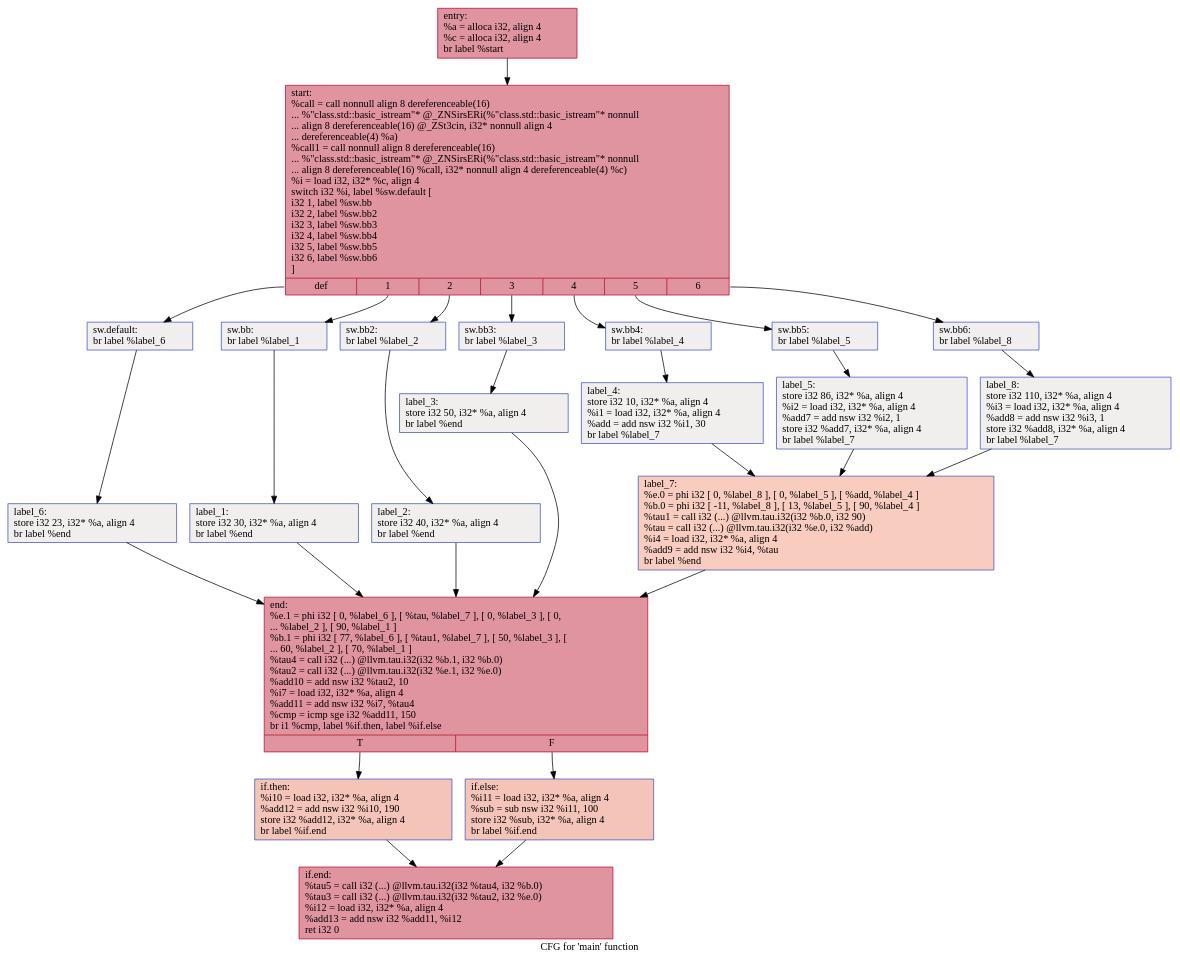
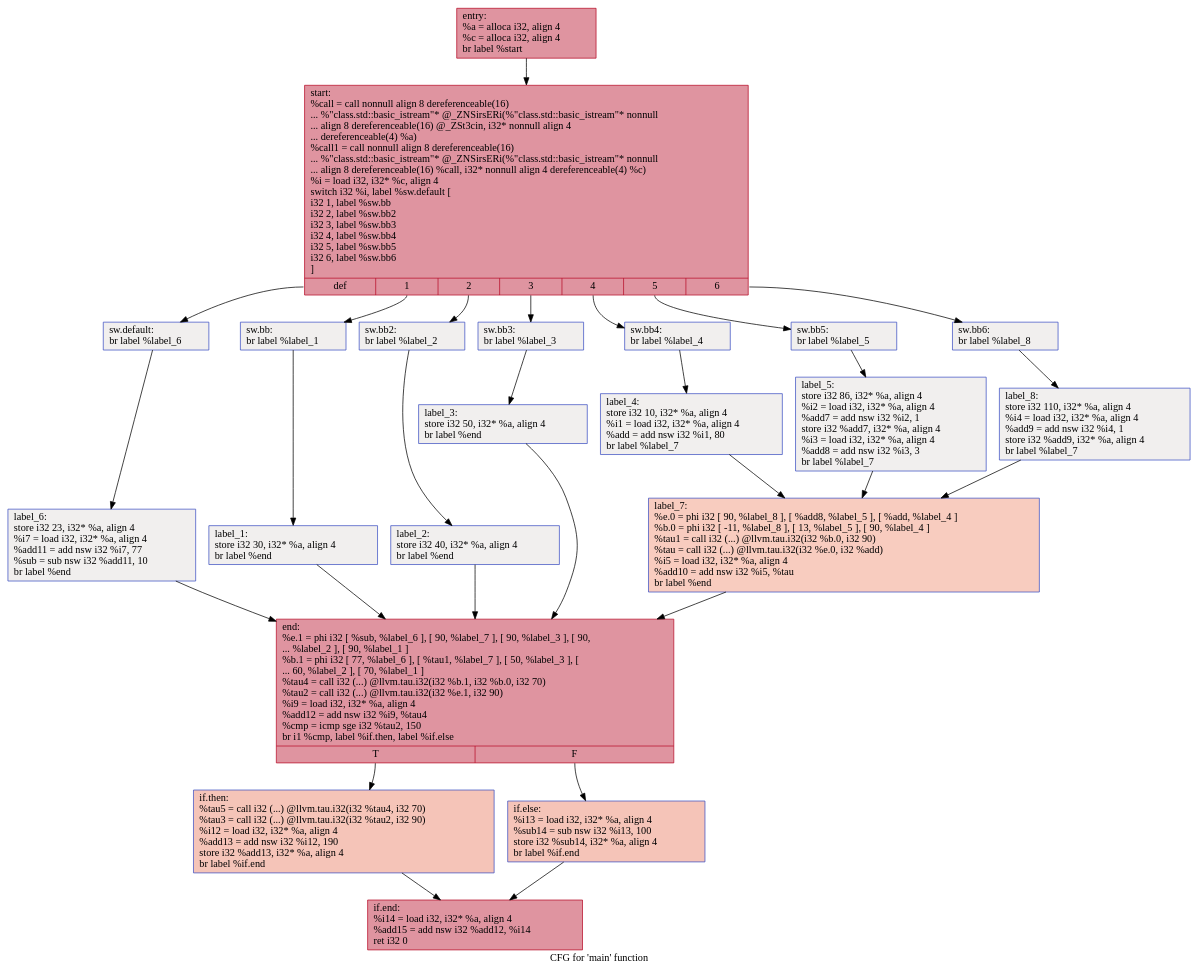
One commit to HPSSA-LLVM/HPSSA-LLVM changed the diagram in IR/cfg/afterHPSSA.dot. Above: the diagram before and after it, drawn with Graphviz. The commit also changed 13 other files, not shown here.

```diff
--- a/IR/cfg/afterHPSSA.dot
+++ b/IR/cfg/afterHPSSA.dot
@@ -1,52 +1,52 @@
 digraph "CFG for 'main' function" {
 	label="CFG for 'main' function";
 
-	Node0x55a23bdbc6d0 [shape=record,color="#b70d28ff", style=filled, fillcolor="#b70d2870",label="{entry:\l  %a = alloca i32, align 4\l  %c = alloca i32, align 4\l  br label %start\l}"];
-	Node0x55a23bdbc6d0 -> Node0x55a23bdbc920;
-	Node0x55a23bdbc920 [shape=record,color="#b70d28ff", style=filled, fillcolor="#b70d2870",label="{start:                                            \l  %call = call nonnull align 8 dereferenceable(16)\l... %\"class.std::basic_istream\"* @_ZNSirsERi(%\"class.std::basic_istream\"* nonnull\l... align 8 dereferenceable(16) @_ZSt3cin, i32* nonnull align 4\l... dereferenceable(4) %a)\l  %call1 = call nonnull align 8 dereferenceable(16)\l... %\"class.std::basic_istream\"* @_ZNSirsERi(%\"class.std::basic_istream\"* nonnull\l... align 8 dereferenceable(16) %call, i32* nonnull align 4 dereferenceable(4) %c)\l  %i = load i32, i32* %c, align 4\l  switch i32 %i, label %sw.default [\l    i32 1, label %sw.bb\l    i32 2, label %sw.bb2\l    i32 3, label %sw.bb3\l    i32 4, label %sw.bb4\l    i32 5, label %sw.bb5\l    i32 6, label %sw.bb6\l  ]\l|{<s0>def|<s1>1|<s2>2|<s3>3|<s4>4|<s5>5|<s6>6}}"];
-	Node0x55a23bdbc920:s0 -> Node0x55a23bdbcdb0;
-	Node0x55a23bdbc920:s1 -> Node0x55a23bdbce90;
-	Node0x55a23bdbc920:s2 -> Node0x55a23bdbcf90;
-	Node0x55a23bdbc920:s3 -> Node0x55a23bdbd090;
-	Node0x55a23bdbc920:s4 -> Node0x55a23bdbd190;
-	Node0x55a23bdbc920:s5 -> Node0x55a23bdbd290;
-	Node0x55a23bdbc920:s6 -> Node0x55a23bdbd530;
-	Node0x55a23bdbce90 [shape=record,color="#3d50c3ff", style=filled, fillcolor="#e0dbd870",label="{sw.bb:                                            \l  br label %label_1\l}"];
-	Node0x55a23bdbce90 -> Node0x55a23bdbd820;
-	Node0x55a23bdbcf90 [shape=record,color="#3d50c3ff", style=filled, fillcolor="#e0dbd870",label="{sw.bb2:                                           \l  br label %label_2\l}"];
-	Node0x55a23bdbcf90 -> Node0x55a23bdbd900;
-	Node0x55a23bdbd090 [shape=record,color="#3d50c3ff", style=filled, fillcolor="#e0dbd870",label="{sw.bb3:                                           \l  br label %label_3\l}"];
-	Node0x55a23bdbd090 -> Node0x55a23bdbd9e0;
-	Node0x55a23bdbd190 [shape=record,color="#3d50c3ff", style=filled, fillcolor="#e0dbd870",label="{sw.bb4:                                           \l  br label %label_4\l}"];
-	Node0x55a23bdbd190 -> Node0x55a23bdbdac0;
-	Node0x55a23bdbd290 [shape=record,color="#3d50c3ff", style=filled, fillcolor="#e0dbd870",label="{sw.bb5:                                           \l  br label %label_5\l}"];
-	Node0x55a23bdbd290 -> Node0x55a23bdbdba0;
-	Node0x55a23bdbd530 [shape=record,color="#3d50c3ff", style=filled, fillcolor="#e0dbd870",label="{sw.bb6:                                           \l  br label %label_8\l}"];
-	Node0x55a23bdbd530 -> Node0x55a23bdbdc80;
-	Node0x55a23bdbcdb0 [shape=record,color="#3d50c3ff", style=filled, fillcolor="#e0dbd870",label="{sw.default:                                       \l  br label %label_6\l}"];
-	Node0x55a23bdbcdb0 -> Node0x55a23bdbdd60;
-	Node0x55a23bdbd820 [shape=record,color="#3d50c3ff", style=filled, fillcolor="#e0dbd870",label="{label_1:                                          \l  store i32 30, i32* %a, align 4\l  br label %end\l}"];
-	Node0x55a23bdbd820 -> Node0x55a23bdbdf00;
-	Node0x55a23bdbd900 [shape=record,color="#3d50c3ff", style=filled, fillcolor="#e0dbd870",label="{label_2:                                          \l  store i32 40, i32* %a, align 4\l  br label %end\l}"];
-	Node0x55a23bdbd900 -> Node0x55a23bdbdf00;
-	Node0x55a23bdbd9e0 [shape=record,color="#3d50c3ff", style=filled, fillcolor="#e0dbd870",label="{label_3:                                          \l  store i32 50, i32* %a, align 4\l  br label %end\l}"];
-	Node0x55a23bdbd9e0 -> Node0x55a23bdbdf00;
-	Node0x55a23bdbdac0 [shape=record,color="#3d50c3ff", style=filled, fillcolor="#e0dbd870",label="{label_4:                                          \l  store i32 10, i32* %a, align 4\l  %i1 = load i32, i32* %a, align 4\l  %add = add nsw i32 %i1, 30\l  br label %label_7\l}"];
-	Node0x55a23bdbdac0 -> Node0x55a23bdbe440;
-	Node0x55a23bdbdba0 [shape=record,color="#3d50c3ff", style=filled, fillcolor="#e0dbd870",label="{label_5:                                          \l  store i32 86, i32* %a, align 4\l  %i2 = load i32, i32* %a, align 4\l  %add7 = add nsw i32 %i2, 1\l  store i32 %add7, i32* %a, align 4\l  br label %label_7\l}"];
-	Node0x55a23bdbdba0 -> Node0x55a23bdbe440;
-	Node0x55a23bdbdc80 [shape=record,color="#3d50c3ff", style=filled, fillcolor="#e0dbd870",label="{label_8:                                          \l  store i32 110, i32* %a, align 4\l  %i3 = load i32, i32* %a, align 4\l  %add8 = add nsw i32 %i3, 1\l  store i32 %add8, i32* %a, align 4\l  br label %label_7\l}"];
-	Node0x55a23bdbdc80 -> Node0x55a23bdbe440;
-	Node0x55a23bdbe440 [shape=record,color="#3d50c3ff", style=filled, fillcolor="#f08b6e70",label="{label_7:                                          \l  %e.0 = phi i32 [ 0, %label_8 ], [ 0, %label_5 ], [ %add, %label_4 ]\l  %b.0 = phi i32 [ -11, %label_8 ], [ 13, %label_5 ], [ 90, %label_4 ]\l  %tau1 = call i32 (...) @llvm.tau.i32(i32 %b.0, i32 90)\l  %tau = call i32 (...) @llvm.tau.i32(i32 %e.0, i32 %add)\l  %i4 = load i32, i32* %a, align 4\l  %add9 = add nsw i32 %i4, %tau\l  br label %end\l}"];
-	Node0x55a23bdbe440 -> Node0x55a23bdbdf00;
-	Node0x55a23bdbdd60 [shape=record,color="#3d50c3ff", style=filled, fillcolor="#e0dbd870",label="{label_6:                                          \l  store i32 23, i32* %a, align 4\l  br label %end\l}"];
-	Node0x55a23bdbdd60 -> Node0x55a23bdbdf00;
-	Node0x55a23bdbdf00 [shape=record,color="#b70d28ff", style=filled, fillcolor="#b70d2870",label="{end:                                              \l  %e.1 = phi i32 [ 0, %label_6 ], [ %tau, %label_7 ], [ 0, %label_3 ], [ 0,\l... %label_2 ], [ 90, %label_1 ]\l  %b.1 = phi i32 [ 77, %label_6 ], [ %tau1, %label_7 ], [ 50, %label_3 ], [\l... 60, %label_2 ], [ 70, %label_1 ]\l  %tau4 = call i32 (...) @llvm.tau.i32(i32 %b.1, i32 %b.0)\l  %tau2 = call i32 (...) @llvm.tau.i32(i32 %e.1, i32 %e.0)\l  %add10 = add nsw i32 %tau2, 10\l  %i7 = load i32, i32* %a, align 4\l  %add11 = add nsw i32 %i7, %tau4\l  %cmp = icmp sge i32 %add11, 150\l  br i1 %cmp, label %if.then, label %if.else\l|{<s0>T|<s1>F}}"];
-	Node0x55a23bdbdf00:s0 -> Node0x55a23bdc0700;
-	Node0x55a23bdbdf00:s1 -> Node0x55a23bdc0770;
-	Node0x55a23bdc0700 [shape=record,color="#3d50c3ff", style=filled, fillcolor="#e97a5f70",label="{if.then:                                          \l  %i10 = load i32, i32* %a, align 4\l  %add12 = add nsw i32 %i10, 190\l  store i32 %add12, i32* %a, align 4\l  br label %if.end\l}"];
-	Node0x55a23bdc0700 -> Node0x55a23bdc0a90;
-	Node0x55a23bdc0770 [shape=record,color="#3d50c3ff", style=filled, fillcolor="#e97a5f70",label="{if.else:                                          \l  %i11 = load i32, i32* %a, align 4\l  %sub = sub nsw i32 %i11, 100\l  store i32 %sub, i32* %a, align 4\l  br label %if.end\l}"];
-	Node0x55a23bdc0770 -> Node0x55a23bdc0a90;
-	Node0x55a23bdc0a90 [shape=record,color="#b70d28ff", style=filled, fillcolor="#b70d2870",label="{if.end:                                           \l  %tau5 = call i32 (...) @llvm.tau.i32(i32 %tau4, i32 %b.0)\l  %tau3 = call i32 (...) @llvm.tau.i32(i32 %tau2, i32 %e.0)\l  %i12 = load i32, i32* %a, align 4\l  %add13 = add nsw i32 %add11, %i12\l  ret i32 0\l}"];
+	Node0x5627f367e760 [shape=record,color="#b70d28ff", style=filled, fillcolor="#b70d2870",label="{entry:\l  %a = alloca i32, align 4\l  %c = alloca i32, align 4\l  br label %start\l}"];
+	Node0x5627f367e760 -> Node0x5627f367e9b0;
+	Node0x5627f367e9b0 [shape=record,color="#b70d28ff", style=filled, fillcolor="#b70d2870",label="{start:                                            \l  %call = call nonnull align 8 dereferenceable(16)\l... %\"class.std::basic_istream\"* @_ZNSirsERi(%\"class.std::basic_istream\"* nonnull\l... align 8 dereferenceable(16) @_ZSt3cin, i32* nonnull align 4\l... dereferenceable(4) %a)\l  %call1 = call nonnull align 8 dereferenceable(16)\l... %\"class.std::basic_istream\"* @_ZNSirsERi(%\"class.std::basic_istream\"* nonnull\l... align 8 dereferenceable(16) %call, i32* nonnull align 4 dereferenceable(4) %c)\l  %i = load i32, i32* %c, align 4\l  switch i32 %i, label %sw.default [\l    i32 1, label %sw.bb\l    i32 2, label %sw.bb2\l    i32 3, label %sw.bb3\l    i32 4, label %sw.bb4\l    i32 5, label %sw.bb5\l    i32 6, label %sw.bb6\l  ]\l|{<s0>def|<s1>1|<s2>2|<s3>3|<s4>4|<s5>5|<s6>6}}"];
+	Node0x5627f367e9b0:s0 -> Node0x5627f367ee40;
+	Node0x5627f367e9b0:s1 -> Node0x5627f367ef20;
+	Node0x5627f367e9b0:s2 -> Node0x5627f367f020;
+	Node0x5627f367e9b0:s3 -> Node0x5627f367f120;
+	Node0x5627f367e9b0:s4 -> Node0x5627f367f220;
+	Node0x5627f367e9b0:s5 -> Node0x5627f367f320;
+	Node0x5627f367e9b0:s6 -> Node0x5627f367f5c0;
+	Node0x5627f367ef20 [shape=record,color="#3d50c3ff", style=filled, fillcolor="#e0dbd870",label="{sw.bb:                                            \l  br label %label_1\l}"];
+	Node0x5627f367ef20 -> Node0x5627f367f8b0;
+	Node0x5627f367f020 [shape=record,color="#3d50c3ff", style=filled, fillcolor="#e0dbd870",label="{sw.bb2:                                           \l  br label %label_2\l}"];
+	Node0x5627f367f020 -> Node0x5627f367f990;
+	Node0x5627f367f120 [shape=record,color="#3d50c3ff", style=filled, fillcolor="#e0dbd870",label="{sw.bb3:                                           \l  br label %label_3\l}"];
+	Node0x5627f367f120 -> Node0x5627f367fa70;
+	Node0x5627f367f220 [shape=record,color="#3d50c3ff", style=filled, fillcolor="#e0dbd870",label="{sw.bb4:                                           \l  br label %label_4\l}"];
+	Node0x5627f367f220 -> Node0x5627f367fb50;
+	Node0x5627f367f320 [shape=record,color="#3d50c3ff", style=filled, fillcolor="#e0dbd870",label="{sw.bb5:                                           \l  br label %label_5\l}"];
+	Node0x5627f367f320 -> Node0x5627f367fc30;
+	Node0x5627f367f5c0 [shape=record,color="#3d50c3ff", style=filled, fillcolor="#e0dbd870",label="{sw.bb6:                                           \l  br label %label_8\l}"];
+	Node0x5627f367f5c0 -> Node0x5627f367fd10;
+	Node0x5627f367ee40 [shape=record,color="#3d50c3ff", style=filled, fillcolor="#e0dbd870",label="{sw.default:                                       \l  br label %label_6\l}"];
+	Node0x5627f367ee40 -> Node0x5627f367fdf0;
+	Node0x5627f367f8b0 [shape=record,color="#3d50c3ff", style=filled, fillcolor="#e0dbd870",label="{label_1:                                          \l  store i32 30, i32* %a, align 4\l  br label %end\l}"];
+	Node0x5627f367f8b0 -> Node0x5627f367ff90;
+	Node0x5627f367f990 [shape=record,color="#3d50c3ff", style=filled, fillcolor="#e0dbd870",label="{label_2:                                          \l  store i32 40, i32* %a, align 4\l  br label %end\l}"];
+	Node0x5627f367f990 -> Node0x5627f367ff90;
+	Node0x5627f367fa70 [shape=record,color="#3d50c3ff", style=filled, fillcolor="#e0dbd870",label="{label_3:                                          \l  store i32 50, i32* %a, align 4\l  br label %end\l}"];
+	Node0x5627f367fa70 -> Node0x5627f367ff90;
+	Node0x5627f367fb50 [shape=record,color="#3d50c3ff", style=filled, fillcolor="#e0dbd870",label="{label_4:                                          \l  store i32 10, i32* %a, align 4\l  %i1 = load i32, i32* %a, align 4\l  %add = add nsw i32 %i1, 80\l  br label %label_7\l}"];
+	Node0x5627f367fb50 -> Node0x5627f3680500;
+	Node0x5627f367fc30 [shape=record,color="#3d50c3ff", style=filled, fillcolor="#e0dbd870",label="{label_5:                                          \l  store i32 86, i32* %a, align 4\l  %i2 = load i32, i32* %a, align 4\l  %add7 = add nsw i32 %i2, 1\l  store i32 %add7, i32* %a, align 4\l  %i3 = load i32, i32* %a, align 4\l  %add8 = add nsw i32 %i3, 3\l  br label %label_7\l}"];
+	Node0x5627f367fc30 -> Node0x5627f3680500;
+	Node0x5627f367fd10 [shape=record,color="#3d50c3ff", style=filled, fillcolor="#e0dbd870",label="{label_8:                                          \l  store i32 110, i32* %a, align 4\l  %i4 = load i32, i32* %a, align 4\l  %add9 = add nsw i32 %i4, 1\l  store i32 %add9, i32* %a, align 4\l  br label %label_7\l}"];
+	Node0x5627f367fd10 -> Node0x5627f3680500;
+	Node0x5627f3680500 [shape=record,color="#3d50c3ff", style=filled, fillcolor="#f08b6e70",label="{label_7:                                          \l  %e.0 = phi i32 [ 90, %label_8 ], [ %add8, %label_5 ], [ %add, %label_4 ]\l  %b.0 = phi i32 [ -11, %label_8 ], [ 13, %label_5 ], [ 90, %label_4 ]\l  %tau1 = call i32 (...) @llvm.tau.i32(i32 %b.0, i32 90)\l  %tau = call i32 (...) @llvm.tau.i32(i32 %e.0, i32 %add)\l  %i5 = load i32, i32* %a, align 4\l  %add10 = add nsw i32 %i5, %tau\l  br label %end\l}"];
+	Node0x5627f3680500 -> Node0x5627f367ff90;
+	Node0x5627f367fdf0 [shape=record,color="#3d50c3ff", style=filled, fillcolor="#e0dbd870",label="{label_6:                                          \l  store i32 23, i32* %a, align 4\l  %i7 = load i32, i32* %a, align 4\l  %add11 = add nsw i32 %i7, 77\l  %sub = sub nsw i32 %add11, 10\l  br label %end\l}"];
+	Node0x5627f367fdf0 -> Node0x5627f367ff90;
+	Node0x5627f367ff90 [shape=record,color="#b70d28ff", style=filled, fillcolor="#b70d2870",label="{end:                                              \l  %e.1 = phi i32 [ %sub, %label_6 ], [ 90, %label_7 ], [ 90, %label_3 ], [ 90,\l... %label_2 ], [ 90, %label_1 ]\l  %b.1 = phi i32 [ 77, %label_6 ], [ %tau1, %label_7 ], [ 50, %label_3 ], [\l... 60, %label_2 ], [ 70, %label_1 ]\l  %tau4 = call i32 (...) @llvm.tau.i32(i32 %b.1, i32 %b.0, i32 70)\l  %tau2 = call i32 (...) @llvm.tau.i32(i32 %e.1, i32 90)\l  %i9 = load i32, i32* %a, align 4\l  %add12 = add nsw i32 %i9, %tau4\l  %cmp = icmp sge i32 %tau2, 150\l  br i1 %cmp, label %if.then, label %if.else\l|{<s0>T|<s1>F}}"];
+	Node0x5627f367ff90:s0 -> Node0x5627f3682980;
+	Node0x5627f367ff90:s1 -> Node0x5627f36829f0;
+	Node0x5627f3682980 [shape=record,color="#3d50c3ff", style=filled, fillcolor="#e97a5f70",label="{if.then:                                          \l  %tau5 = call i32 (...) @llvm.tau.i32(i32 %tau4, i32 70)\l  %tau3 = call i32 (...) @llvm.tau.i32(i32 %tau2, i32 90)\l  %i12 = load i32, i32* %a, align 4\l  %add13 = add nsw i32 %i12, 190\l  store i32 %add13, i32* %a, align 4\l  br label %if.end\l}"];
+	Node0x5627f3682980 -> Node0x5627f3683590;
+	Node0x5627f36829f0 [shape=record,color="#3d50c3ff", style=filled, fillcolor="#e97a5f70",label="{if.else:                                          \l  %i13 = load i32, i32* %a, align 4\l  %sub14 = sub nsw i32 %i13, 100\l  store i32 %sub14, i32* %a, align 4\l  br label %if.end\l}"];
+	Node0x5627f36829f0 -> Node0x5627f3683590;
+	Node0x5627f3683590 [shape=record,color="#b70d28ff", style=filled, fillcolor="#b70d2870",label="{if.end:                                           \l  %i14 = load i32, i32* %a, align 4\l  %add15 = add nsw i32 %add12, %i14\l  ret i32 0\l}"];
 }
```
